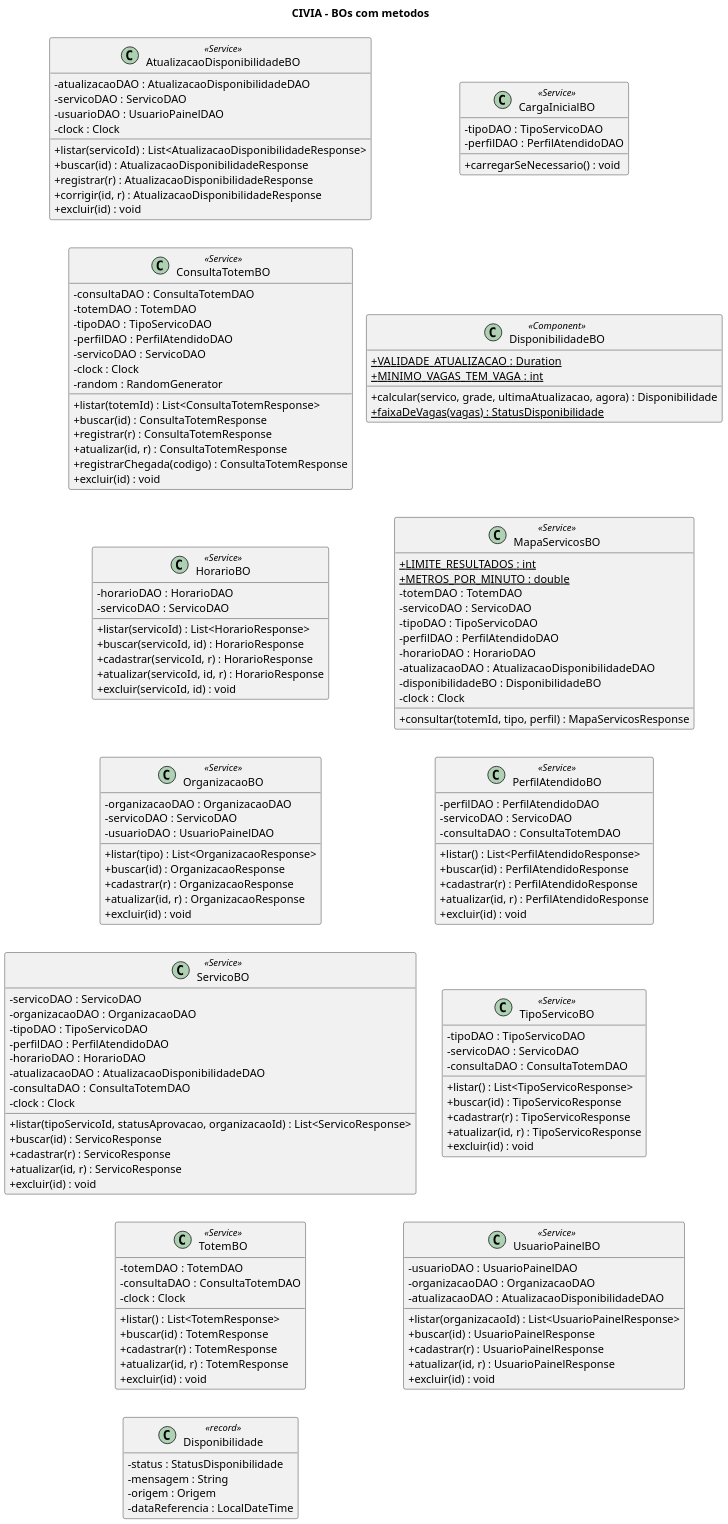
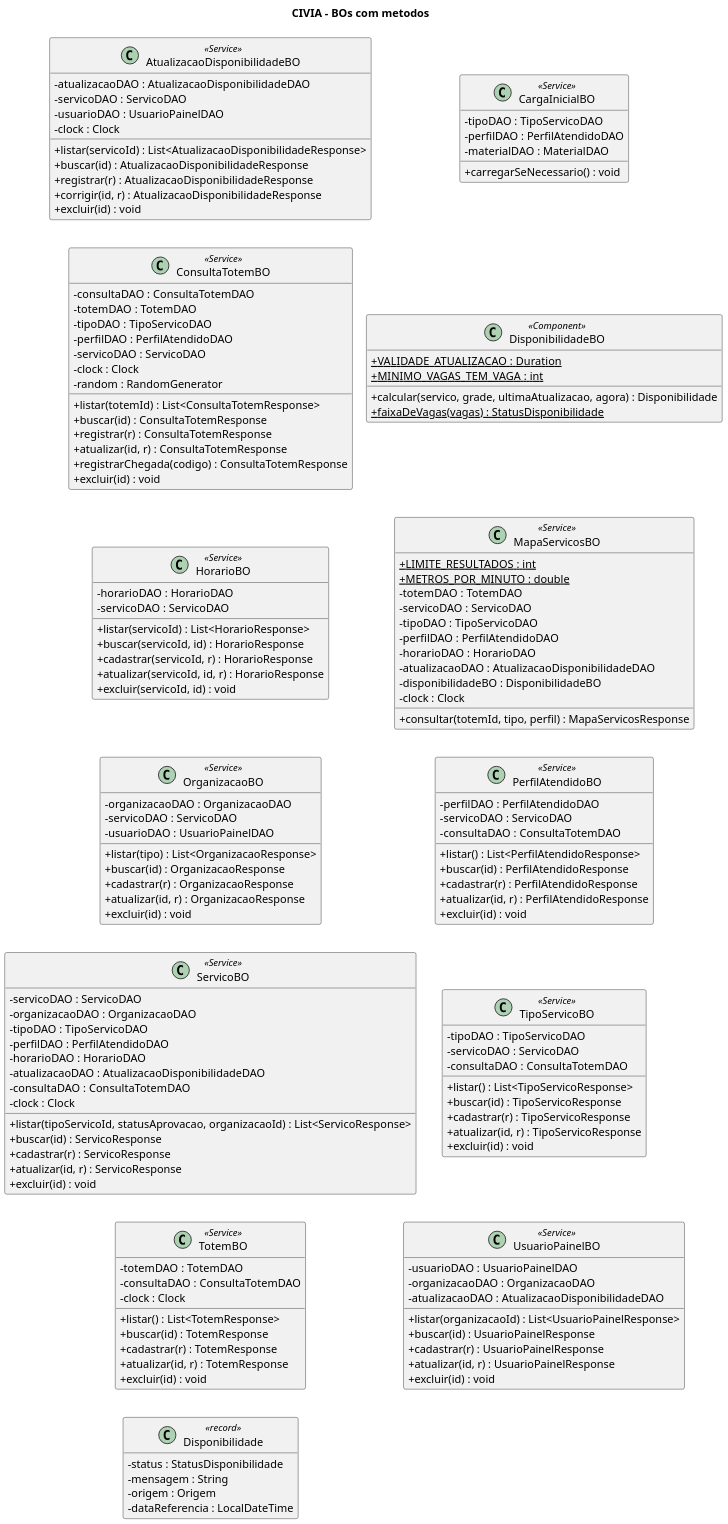
Before and after one commit to Gabrielvianaana/civia-api: the diagram in docs/partes/07-bos-detalhe.puml, drawn with PlantUML. The commit also changed 99 other files, not shown here.

```diff
--- a/docs/partes/07-bos-detalhe.puml
+++ b/docs/partes/07-bos-detalhe.puml
@@ -1,151 +1,152 @@
 @startuml
 title CIVIA - BOs com metodos
 ' Gerado a partir do codigo-fonte Java (pasta civia-*/src/main/java).
 !pragma layout smetana
 skinparam classAttributeIconSize 0
 skinparam shadowing false
 skinparam dpi 150
 hide empty members
 top to bottom direction
 class AtualizacaoDisponibilidadeBO <<Service>> {
   -atualizacaoDAO : AtualizacaoDisponibilidadeDAO
   -servicoDAO : ServicoDAO
   -usuarioDAO : UsuarioPainelDAO
   -clock : Clock
   +listar(servicoId) : List<AtualizacaoDisponibilidadeResponse>
   +buscar(id) : AtualizacaoDisponibilidadeResponse
   +registrar(r) : AtualizacaoDisponibilidadeResponse
   +corrigir(id, r) : AtualizacaoDisponibilidadeResponse
   +excluir(id) : void
 }
 class CargaInicialBO <<Service>> {
   -tipoDAO : TipoServicoDAO
   -perfilDAO : PerfilAtendidoDAO
+  -materialDAO : MaterialDAO
   +carregarSeNecessario() : void
 }
 class ConsultaTotemBO <<Service>> {
   -consultaDAO : ConsultaTotemDAO
   -totemDAO : TotemDAO
   -tipoDAO : TipoServicoDAO
   -perfilDAO : PerfilAtendidoDAO
   -servicoDAO : ServicoDAO
   -clock : Clock
   -random : RandomGenerator
   +listar(totemId) : List<ConsultaTotemResponse>
   +buscar(id) : ConsultaTotemResponse
   +registrar(r) : ConsultaTotemResponse
   +atualizar(id, r) : ConsultaTotemResponse
   +registrarChegada(codigo) : ConsultaTotemResponse
   +excluir(id) : void
 }
 class DisponibilidadeBO <<Component>> {
   +{static} VALIDADE_ATUALIZACAO : Duration
   +{static} MINIMO_VAGAS_TEM_VAGA : int
   +calcular(servico, grade, ultimaAtualizacao, agora) : Disponibilidade
   +{static} faixaDeVagas(vagas) : StatusDisponibilidade
 }
 class HorarioBO <<Service>> {
   -horarioDAO : HorarioDAO
   -servicoDAO : ServicoDAO
   +listar(servicoId) : List<HorarioResponse>
   +buscar(servicoId, id) : HorarioResponse
   +cadastrar(servicoId, r) : HorarioResponse
   +atualizar(servicoId, id, r) : HorarioResponse
   +excluir(servicoId, id) : void
 }
 class MapaServicosBO <<Service>> {
   +{static} LIMITE_RESULTADOS : int
   +{static} METROS_POR_MINUTO : double
   -totemDAO : TotemDAO
   -servicoDAO : ServicoDAO
   -tipoDAO : TipoServicoDAO
   -perfilDAO : PerfilAtendidoDAO
   -horarioDAO : HorarioDAO
   -atualizacaoDAO : AtualizacaoDisponibilidadeDAO
   -disponibilidadeBO : DisponibilidadeBO
   -clock : Clock
   +consultar(totemId, tipo, perfil) : MapaServicosResponse
 }
 class OrganizacaoBO <<Service>> {
   -organizacaoDAO : OrganizacaoDAO
   -servicoDAO : ServicoDAO
   -usuarioDAO : UsuarioPainelDAO
   +listar(tipo) : List<OrganizacaoResponse>
   +buscar(id) : OrganizacaoResponse
   +cadastrar(r) : OrganizacaoResponse
   +atualizar(id, r) : OrganizacaoResponse
   +excluir(id) : void
 }
 class PerfilAtendidoBO <<Service>> {
   -perfilDAO : PerfilAtendidoDAO
   -servicoDAO : ServicoDAO
   -consultaDAO : ConsultaTotemDAO
   +listar() : List<PerfilAtendidoResponse>
   +buscar(id) : PerfilAtendidoResponse
   +cadastrar(r) : PerfilAtendidoResponse
   +atualizar(id, r) : PerfilAtendidoResponse
   +excluir(id) : void
 }
 class ServicoBO <<Service>> {
   -servicoDAO : ServicoDAO
   -organizacaoDAO : OrganizacaoDAO
   -tipoDAO : TipoServicoDAO
   -perfilDAO : PerfilAtendidoDAO
   -horarioDAO : HorarioDAO
   -atualizacaoDAO : AtualizacaoDisponibilidadeDAO
   -consultaDAO : ConsultaTotemDAO
   -clock : Clock
   +listar(tipoServicoId, statusAprovacao, organizacaoId) : List<ServicoResponse>
   +buscar(id) : ServicoResponse
   +cadastrar(r) : ServicoResponse
   +atualizar(id, r) : ServicoResponse
   +excluir(id) : void
 }
 class TipoServicoBO <<Service>> {
   -tipoDAO : TipoServicoDAO
   -servicoDAO : ServicoDAO
   -consultaDAO : ConsultaTotemDAO
   +listar() : List<TipoServicoResponse>
   +buscar(id) : TipoServicoResponse
   +cadastrar(r) : TipoServicoResponse
   +atualizar(id, r) : TipoServicoResponse
   +excluir(id) : void
 }
 class TotemBO <<Service>> {
   -totemDAO : TotemDAO
   -consultaDAO : ConsultaTotemDAO
   -clock : Clock
   +listar() : List<TotemResponse>
   +buscar(id) : TotemResponse
   +cadastrar(r) : TotemResponse
   +atualizar(id, r) : TotemResponse
   +excluir(id) : void
 }
 class UsuarioPainelBO <<Service>> {
   -usuarioDAO : UsuarioPainelDAO
   -organizacaoDAO : OrganizacaoDAO
   -atualizacaoDAO : AtualizacaoDisponibilidadeDAO
   +listar(organizacaoId) : List<UsuarioPainelResponse>
   +buscar(id) : UsuarioPainelResponse
   +cadastrar(r) : UsuarioPainelResponse
   +atualizar(id, r) : UsuarioPainelResponse
   +excluir(id) : void
 }
 class Disponibilidade <<record>> {
   -status : StatusDisponibilidade
   -mensagem : String
   -origem : Origem
   -dataReferencia : LocalDateTime
 }
 AtualizacaoDisponibilidadeBO -[hidden]down- ConsultaTotemBO
 CargaInicialBO -[hidden]down- DisponibilidadeBO
 ConsultaTotemBO -[hidden]down- HorarioBO
 DisponibilidadeBO -[hidden]down- MapaServicosBO
 HorarioBO -[hidden]down- OrganizacaoBO
 MapaServicosBO -[hidden]down- PerfilAtendidoBO
 OrganizacaoBO -[hidden]down- ServicoBO
 PerfilAtendidoBO -[hidden]down- TipoServicoBO
 ServicoBO -[hidden]down- TotemBO
 TipoServicoBO -[hidden]down- UsuarioPainelBO
 TotemBO -[hidden]down- Disponibilidade
 @enduml
```
